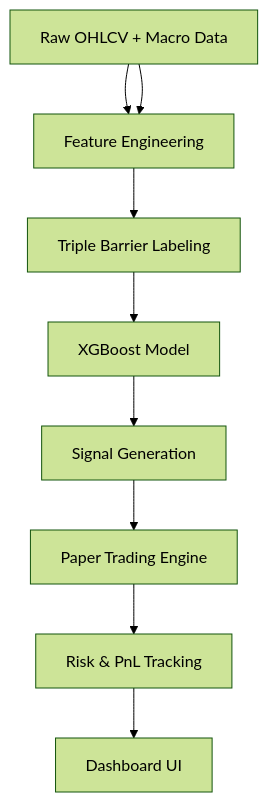
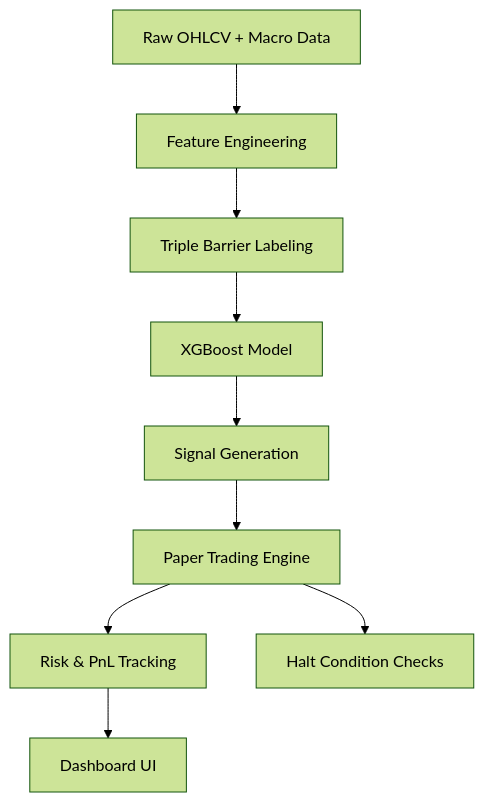
The diagram in README.md (manuelhorvey/QuantForge), drawn with Mermaid (forest theme) before and after one commit. The commit also changed other lines of this file, not shown here.

````diff
--- a/README.md
+++ b/README.md
@@ -60,13 +116,11 @@
 ```mermaid
 flowchart TD
     A[Raw OHLCV + Macro Data] --> B[Feature Engineering]
     B --> C[Triple Barrier Labeling]
     C --> D[XGBoost Model]
-
     D --> E[Signal Generation]
     E --> F[Paper Trading Engine]
     F --> G[Risk & PnL Tracking]
     G --> H[Dashboard UI]
-
-    A --> B
+    F --> I[Halt Condition Checks]
 ```
````
